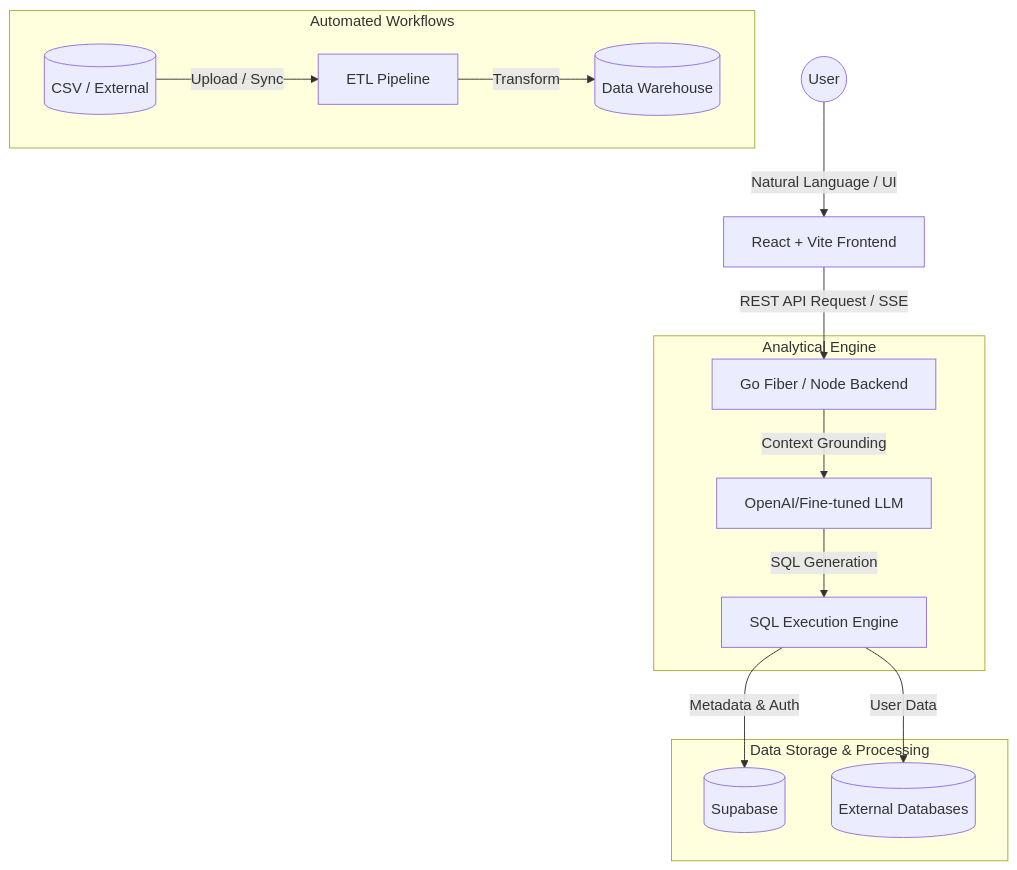
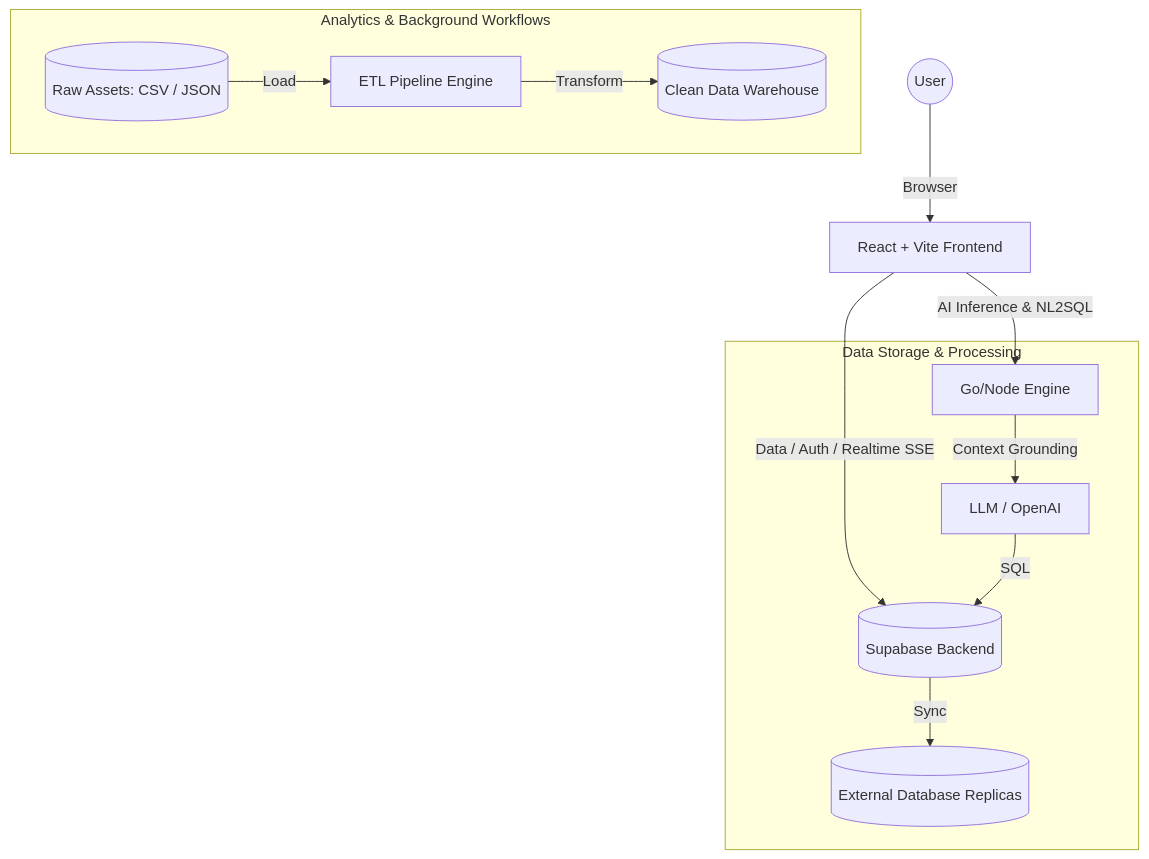
The diagram in README.md (yogisyahroni/TOOLS_BI), drawn with Mermaid before and after one commit. The commit also changed other lines of this file, not shown here.

Commit message:
docs: comprehensively expand README with all DataLens features

````diff
--- a/README.md
+++ b/README.md
@@ -17,20 +56,17 @@
 ```mermaid
 graph TD
-    User((User)) -->|Natural Language / UI| FE[React + Vite Frontend]
-    FE -->|REST API Request / SSE| BE[Go Fiber / Node Backend]
+    User((User)) -->|Browser| FE[React + Vite Frontend]
+    FE -->|Data / Auth / Realtime SSE| Supabase[(Supabase Backend)]
+    FE -->|AI Inference & NL2SQL| API[Go/Node Engine]
     
-    subgraph "Analytical Engine"
-        BE -->|Context Grounding| LLM[OpenAI/Fine-tuned LLM]
-        LLM -->|SQL Generation| QueryEngine[SQL Execution Engine]
+    subgraph "Data Storage & Processing"
+        API -->|Context Grounding| LLM[LLM / OpenAI]
+        LLM -->|SQL| Supabase
+        Supabase -->|Sync| ExtDB[(External Database Replicas)]
     end
     
-    subgraph "Data Storage & Processing"
-        QueryEngine -->|Metadata & Auth| Supabase[(Supabase)]
-        QueryEngine -->|User Data| ExternalDB[(External Databases)]
-    end
-    
-    subgraph "Automated Workflows"
-        ExtData[(CSV / External)] -->|Upload / Sync| Pipeline[ETL Pipeline]
-        Pipeline -->|Transform| Warehouse[(Data Warehouse)]
+    subgraph "Analytics & Background Workflows"
+        ExtData[(Raw Assets: CSV / JSON)] -->|Load| ETL[ETL Pipeline Engine]
+        ETL -->|Transform| Warehouse[(Clean Data Warehouse)]
     end
 ```
````
